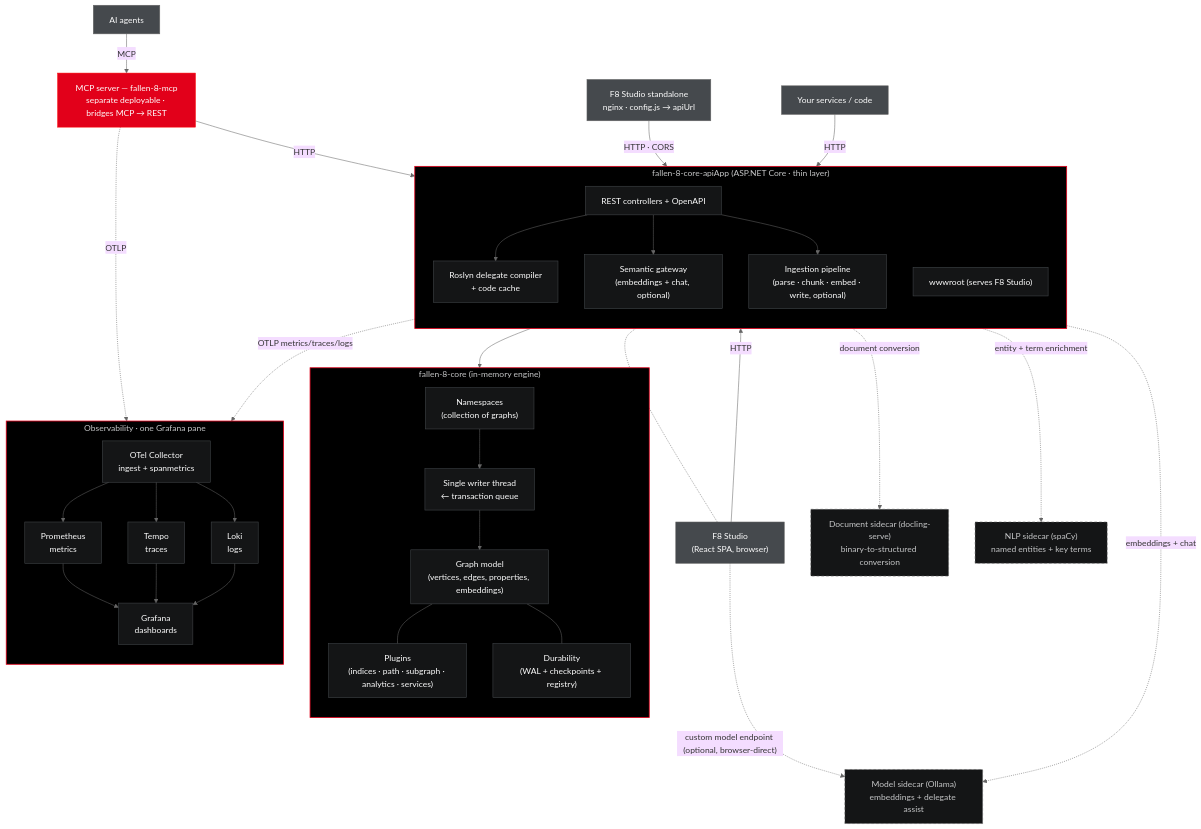
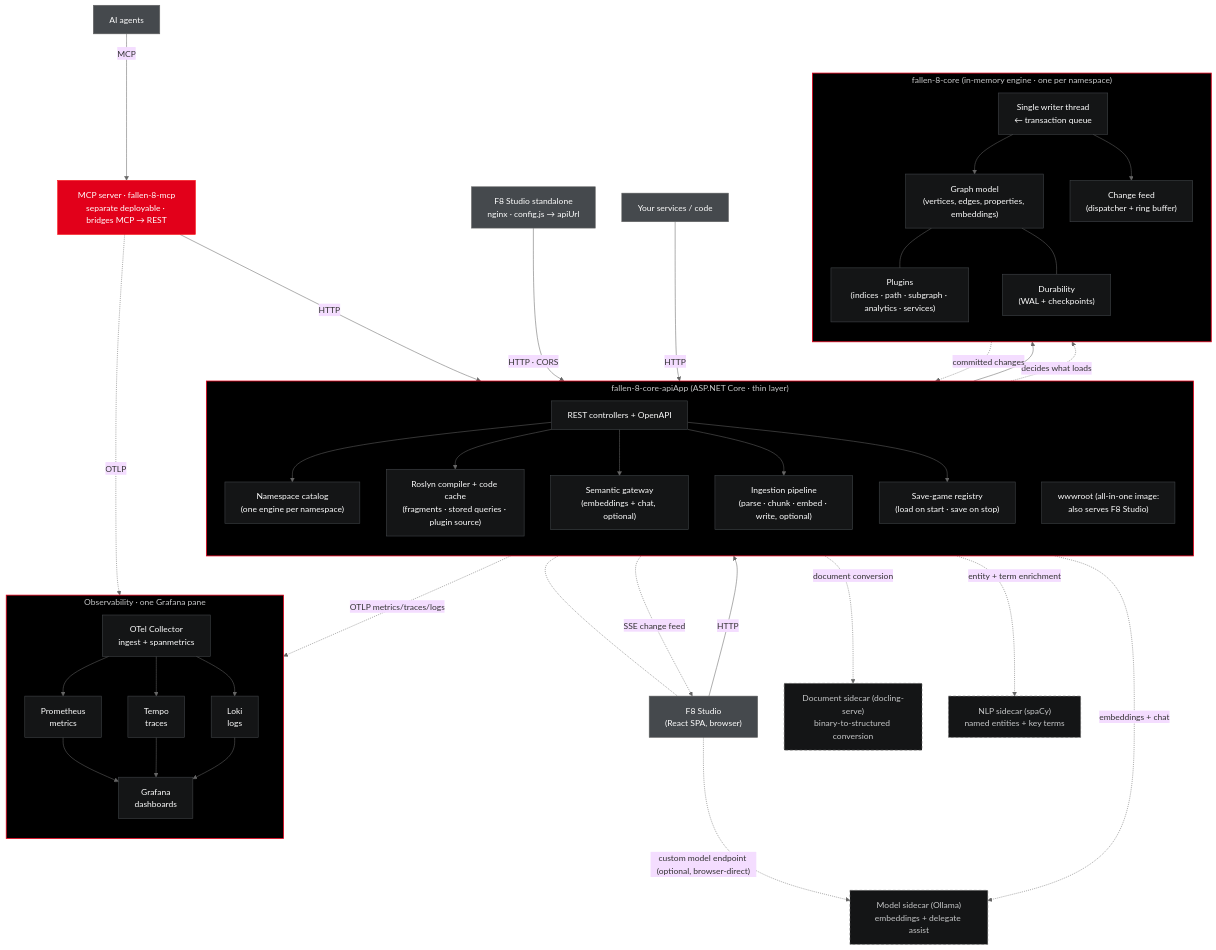
The diagram in docs/src/content/docs/architecture.md (cosh/fallen-8-core), drawn with Mermaid before and after one commit. The commit also changed other lines of this file and 35 other files, not shown here.

````diff
--- a/docs/src/content/docs/architecture.md
+++ b/docs/src/content/docs/architecture.md
@@ -12,73 +13,80 @@
 ```mermaid
 %%{init: {'theme':'base','themeVariables':{'fontFamily':'ui-monospace, SFMono-Regular, Menlo, Consolas, monospace','lineColor':'#666666'}}}%%
 flowchart TB
     agents["AI agents"]:::client
     studio["F8 Studio<br/>(React SPA, browser)"]:::client
     uistandalone["F8 Studio standalone<br/>nginx · config.js → apiUrl"]:::client
     svc["Your services / code"]:::client
 
-    mcp["MCP server — fallen-8-mcp<br/>separate deployable · bridges MCP → REST"]:::mcp
+    mcp["MCP server · fallen-8-mcp<br/>separate deployable · bridges MCP → REST"]:::mcp
 
     subgraph app["fallen-8-core-apiApp (ASP.NET Core · thin layer)"]
         direction TB
         rest["REST controllers + OpenAPI"]:::sys
-        roslyn["Roslyn delegate compiler<br/>+ code cache"]:::sys
+        ns["Namespace catalog<br/>(one engine per namespace)"]:::sys
+        roslyn["Roslyn compiler + code cache<br/>(fragments · stored queries · plugin source)"]:::sys
         semantic["Semantic gateway<br/>(embeddings + chat, optional)"]:::sys
         ingestion["Ingestion pipeline<br/>(parse · chunk · embed · write, optional)"]:::sys
-        wwwroot["wwwroot (serves F8 Studio)"]:::sys
+        savegames["Save-game registry<br/>(load on start · save on stop)"]:::sys
+        wwwroot["wwwroot (all-in-one image:<br/>also serves F8 Studio)"]:::sys
     end
-    subgraph engine["fallen-8-core (in-memory engine)"]
+    subgraph engine["fallen-8-core (in-memory engine · one per namespace)"]
         direction TB
-        ns["Namespaces<br/>(collection of graphs)"]:::sys
         writer["Single writer thread<br/>← transaction queue"]:::sys
         model["Graph model<br/>(vertices, edges, properties, embeddings)"]:::sys
         plugins["Plugins<br/>(indices · path · subgraph · analytics · services)"]:::sys
-        durab["Durability<br/>(WAL + checkpoints + registry)"]:::sys
+        durab["Durability<br/>(WAL + checkpoints)"]:::sys
+        feed["Change feed<br/>(dispatcher + ring buffer)"]:::sys
     end
     sidecar["Model sidecar (Ollama)<br/>embeddings + delegate assist"]:::ext
     docling["Document sidecar (docling-serve)<br/>binary-to-structured conversion"]:::ext
     nlp["NLP sidecar (spaCy)<br/>named entities + key terms"]:::ext
 
     subgraph obs["Observability · one Grafana pane"]
         direction TB
         collector["OTel Collector<br/>ingest + spanmetrics"]:::sys
         promstore["Prometheus<br/>metrics"]:::sys
         tempo["Tempo<br/>traces"]:::sys
         loki["Loki<br/>logs"]:::sys
         grafana["Grafana<br/>dashboards"]:::sys
         collector --> promstore
         collector --> tempo
         collector --> loki
         promstore --> grafana
         tempo --> grafana
         loki --> grafana
     end
 
     agents -->|MCP| mcp
     mcp -->|HTTP| rest
     studio -->|HTTP| rest
     uistandalone -->|HTTP · CORS| rest
     svc -->|HTTP| rest
     studio -.->|"custom model endpoint (optional, browser-direct)"| sidecar
     wwwroot -.- studio
     rest --> ns
     rest --> roslyn
     rest --> semantic
     rest --> ingestion
+    rest --> savegames
     semantic -.->|embeddings + chat| sidecar
     ingestion -.->|document conversion| docling
     ingestion -.->|entity + term enrichment| nlp
     rest -.->|OTLP metrics/traces/logs| collector
     mcp -.->|OTLP| collector
     ns --> writer --> model
     model --- plugins
     model --- durab
+    savegames -.->|decides what loads| durab
+    writer --> feed
+    feed -.->|committed changes| rest
+    rest -.->|SSE change feed| studio
 
     classDef client fill:#45494D,stroke:#666666,color:#FEFEFE
     classDef mcp fill:#E2001A,stroke:#FC0606,color:#FEFEFE
     classDef sys fill:#141516,stroke:#45494D,color:#FEFEFE
     classDef ext fill:#141516,stroke:#666666,color:#C6C7C8,stroke-dasharray:5 4
     style app fill:#000000,stroke:#E2001A,stroke-width:1.5px,color:#C6C7C8
     style engine fill:#000000,stroke:#E2001A,stroke-width:1.5px,color:#C6C7C8
     style obs fill:#000000,stroke:#E2001A,stroke-width:1.5px,color:#C6C7C8
 ```
````
